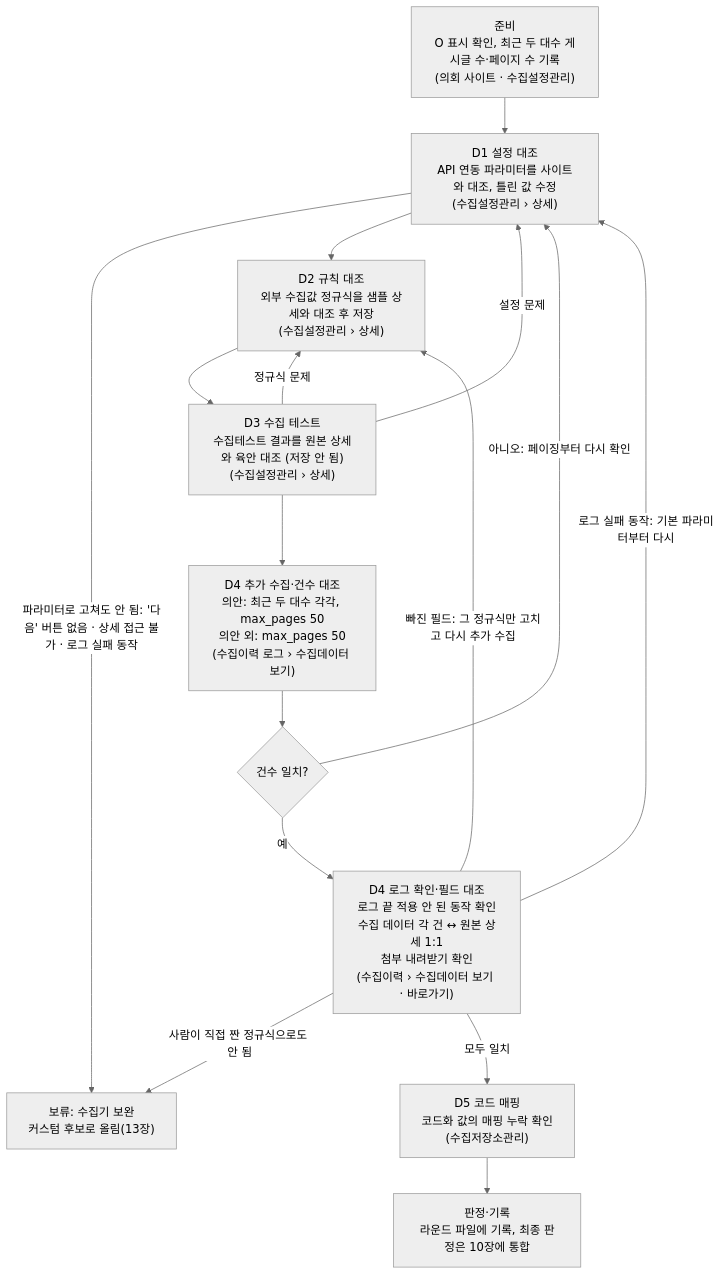
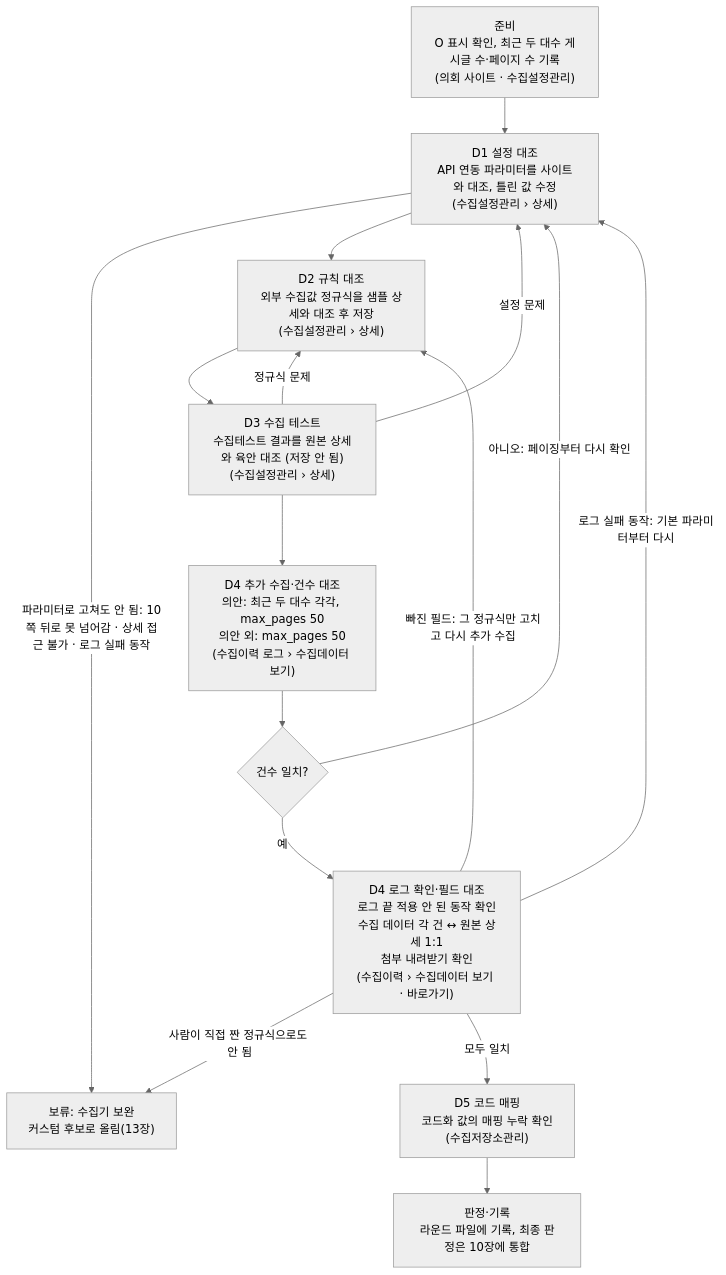
The diagram in SSOT.md (choimingyu99/collector), drawn with Mermaid (neutral theme) before and after one commit. The commit also changed other lines of this file, not shown here.

````diff
--- a/SSOT.md
+++ b/SSOT.md
@@ -97,18 +97,18 @@
 ```mermaid
 flowchart TD
     P["준비<br/>O 표시 확인, 최근 두 대수 게시글 수·페이지 수 기록<br/>(의회 사이트 · 수집설정관리)"] --> D1["D1 설정 대조<br/>API 연동 파라미터를 사이트와 대조, 틀린 값 수정<br/>(수집설정관리 › 상세)"]
-    D1 -->|파라미터로 고쳐도 안 됨: '다음' 버튼 없음 · 상세 접근 불가 · 로그 실패 동작| H["보류: 수집기 보완<br/>커스텀 후보로 올림(13장)"]
+    D1 -->|파라미터로 고쳐도 안 됨: 10쪽 뒤로 못 넘어감 · 상세 접근 불가 · 로그 실패 동작| H["보류: 수집기 보완<br/>커스텀 후보로 올림(13장)"]
     D1 --> D2["D2 규칙 대조<br/>외부 수집값 정규식을 샘플 상세와 대조 후 저장<br/>(수집설정관리 › 상세)"]
     D2 --> D3["D3 수집 테스트<br/>수집테스트 결과를 원본 상세와 육안 대조 (저장 안 됨)<br/>(수집설정관리 › 상세)"]
     D3 -->|정규식 문제| D2
     D3 -->|설정 문제| D1
     D3 --> D4["D4 추가 수집·건수 대조<br/>의안: 최근 두 대수 각각, max_pages 50<br/>의안 외: max_pages 50<br/>(수집이력 로그 › 수집데이터 보기)"]
     D4 --> C{건수 일치?}
     C -->|아니오: 페이징부터 다시 확인| D1
     C -->|예| F["D4 로그 확인·필드 대조<br/>로그 끝 적용 안 된 동작 확인<br/>수집 데이터 각 건 ↔ 원본 상세 1:1<br/>첨부 내려받기 확인<br/>(수집이력 › 수집데이터 보기 · 바로가기)"]
     F -->|로그 실패 동작: 기본 파라미터부터 다시| D1
     F -->|빠진 필드: 그 정규식만 고치고 다시 추가 수집| D2
     F -->|사람이 직접 짠 정규식으로도 안 됨| H
     F -->|모두 일치| D5["D5 코드 매핑<br/>코드화 값의 매핑 누락 확인<br/>(수집저장소관리)"]
     D5 --> R["판정·기록<br/>라운드 파일에 기록, 최종 판정은 10장에 통합"]
 ```
````
